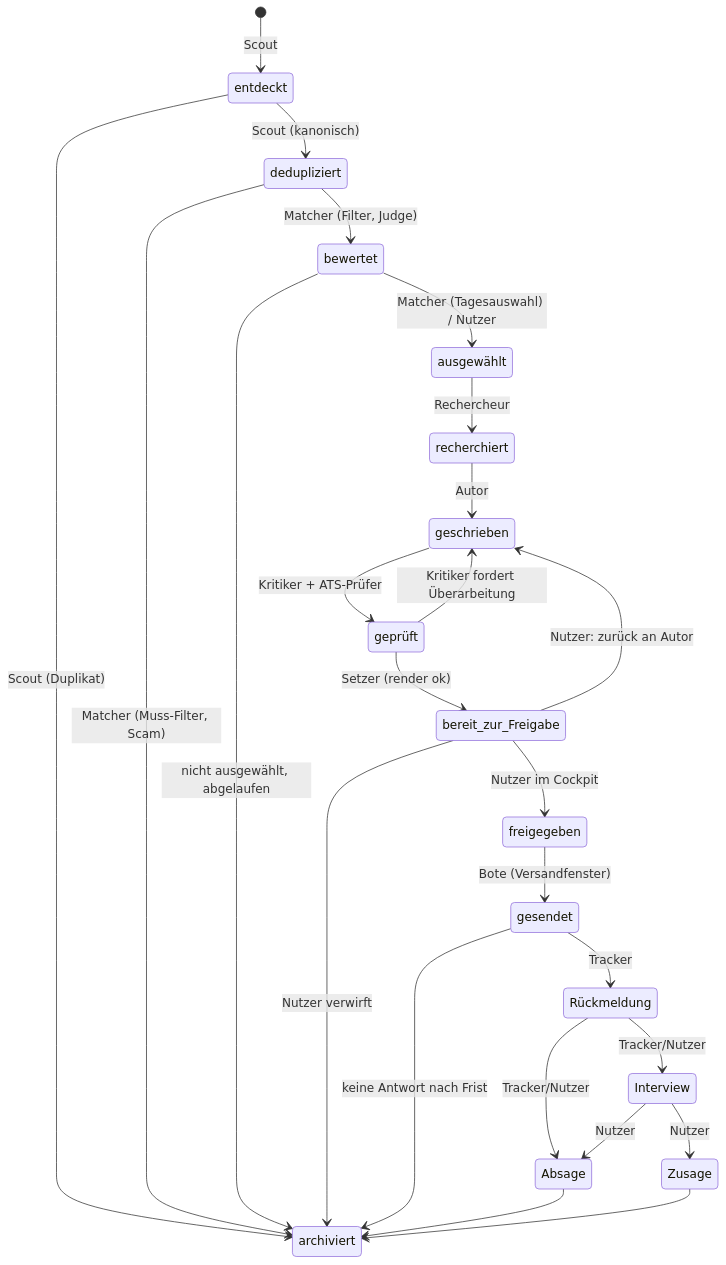
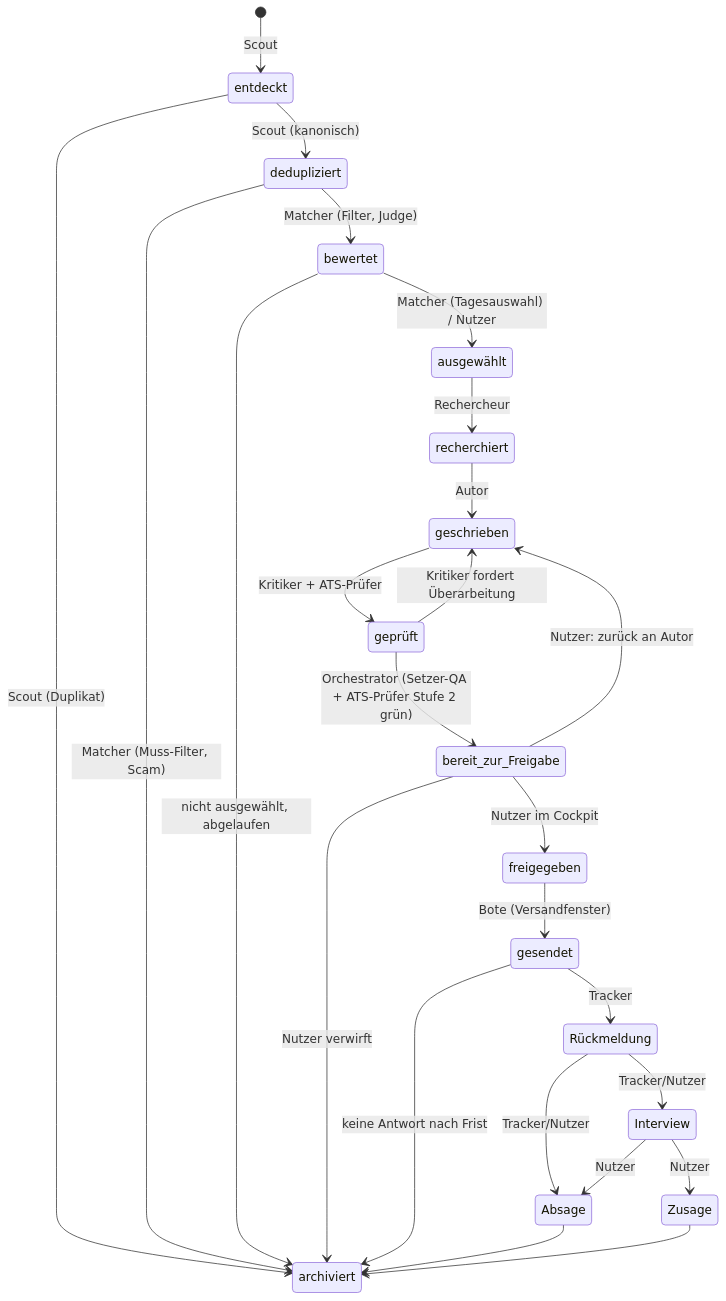
One commit to Shoeib7/Shoeib7 changed the diagram in ki-bewerbungsagent/kapitel/07-architektur.md. Above: the diagram before and after it, drawn with Mermaid. The commit also changed other lines of this file and 22 other files, not shown here.

````diff
--- a/ki-bewerbungsagent/kapitel/07-architektur.md
+++ b/ki-bewerbungsagent/kapitel/07-architektur.md
@@ -284,27 +284,27 @@
 ```mermaid
 stateDiagram-v2
     [*] --> entdeckt: Scout
     entdeckt --> dedupliziert: Scout (kanonisch)
     entdeckt --> archiviert: Scout (Duplikat)
     dedupliziert --> bewertet: Matcher (Filter, Judge)
     dedupliziert --> archiviert: Matcher (Muss-Filter, Scam)
     bewertet --> ausgewählt: Matcher (Tagesauswahl) / Nutzer
     bewertet --> archiviert: nicht ausgewählt, abgelaufen
     ausgewählt --> recherchiert: Rechercheur
     recherchiert --> geschrieben: Autor
     geschrieben --> geprüft: Kritiker + ATS-Prüfer
     geprüft --> geschrieben: Kritiker fordert Überarbeitung
-    geprüft --> bereit_zur_Freigabe: Setzer (render ok)
+    geprüft --> bereit_zur_Freigabe: Orchestrator (Setzer-QA + ATS-Prüfer Stufe 2 grün)
     bereit_zur_Freigabe --> freigegeben: Nutzer im Cockpit
     bereit_zur_Freigabe --> geschrieben: Nutzer: zurück an Autor
     bereit_zur_Freigabe --> archiviert: Nutzer verwirft
     freigegeben --> gesendet: Bote (Versandfenster)
     gesendet --> Rückmeldung: Tracker
     Rückmeldung --> Interview: Tracker/Nutzer
     Rückmeldung --> Absage: Tracker/Nutzer
     Interview --> Zusage: Nutzer
     Interview --> Absage: Nutzer
     gesendet --> archiviert: keine Antwort nach Frist
     Absage --> archiviert
     Zusage --> archiviert
 ```
````
